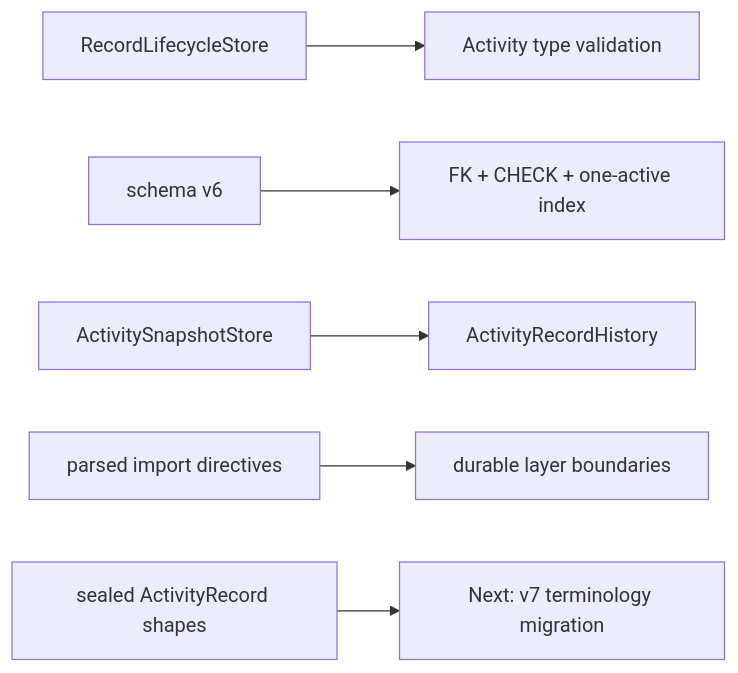
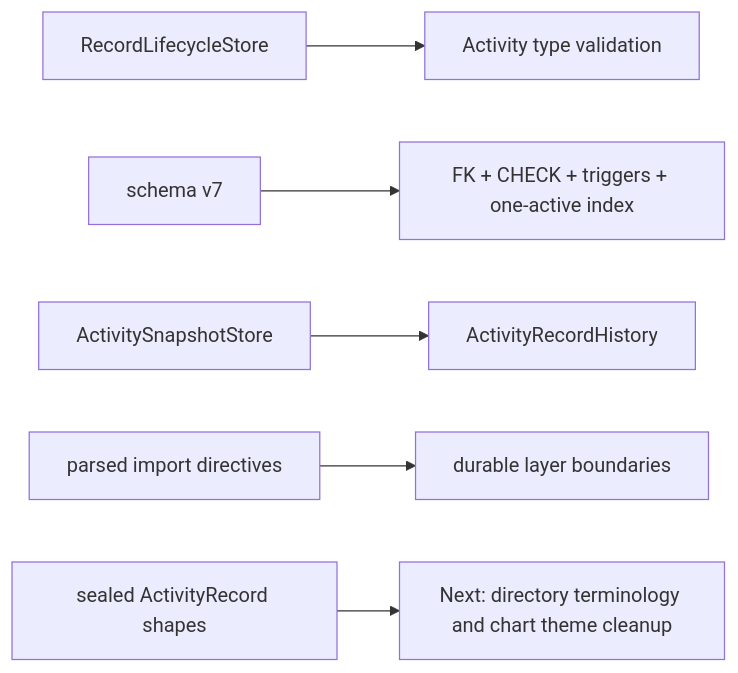
The sixth of 6 diagrams in docs/architecture/module-flow.md (Guoyuer/eventTracker), drawn with Mermaid before and after one commit. The commit also changed other lines of this file and 30 other files, not shown here.

````diff
--- a/docs/architecture/module-flow.md
+++ b/docs/architecture/module-flow.md
@@ -168,8 +168,8 @@
 ```mermaid
 flowchart LR
   Lifecycle["RecordLifecycleStore"] --> TypeRules["Activity type validation"]
-  Database["schema v6"] --> Shape["FK + CHECK + one-active index"]
+  Database["schema v7"] --> Shape["FK + CHECK + triggers + one-active index"]
   Snapshot["ActivitySnapshotStore"] --> History["ActivityRecordHistory"]
   ParsedImports["parsed import directives"] --> Boundaries["durable layer boundaries"]
-  RecordTypes["sealed ActivityRecord shapes"] --> Next["Next: v7 terminology migration"]
+  RecordTypes["sealed ActivityRecord shapes"] --> Next["Next: directory terminology and chart theme cleanup"]
 ```
````
